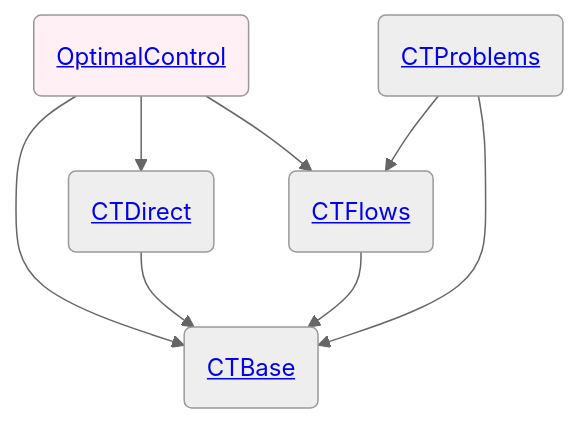
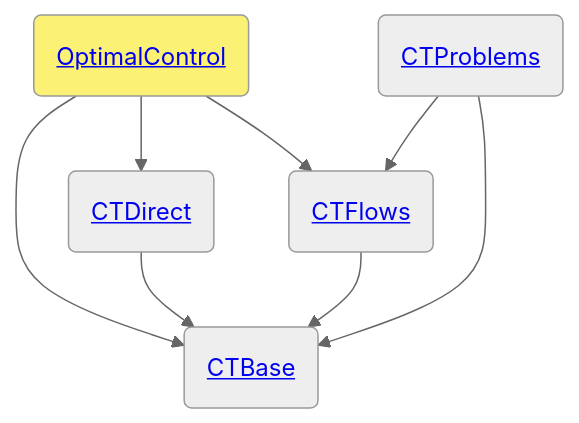
Before and after one commit to control-toolbox/OptimalControl.jl: the diagram in docs/src/index.md, drawn with Mermaid (neutral theme).

````diff
--- a/docs/src/index.md
+++ b/docs/src/index.md
@@ -10,11 +10,11 @@
 ```mermaid
 flowchart TD
 O(<a href='https://control-toolbox.org/docs/optimalcontrol/stable/'>OptimalControl</a>) --> B(<a href='https://control-toolbox.org/docs/ctbase/stable/'>CTBase</a>)
 O --> D(<a href='https://control-toolbox.org/docs/ctdirect/stable/'>CTDirect</a>)
 O --> F(<a href='https://control-toolbox.org/docs/ctflows/stable/'>CTFlows</a>)
 P(<a href='https://control-toolbox.org/docs/ctproblems/stable/'>CTProblems</a>) --> F
 P --> B
 F --> B
 D --> B
-style O fill:#FFF0F5
+style O fill:#FBF275
 ```
````
